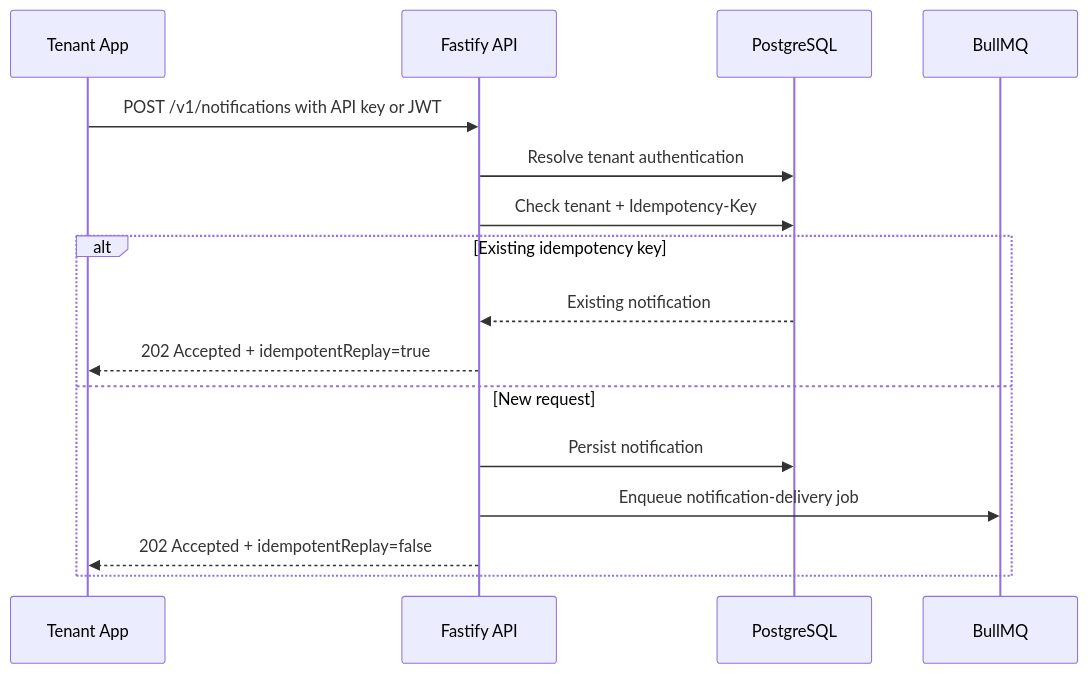
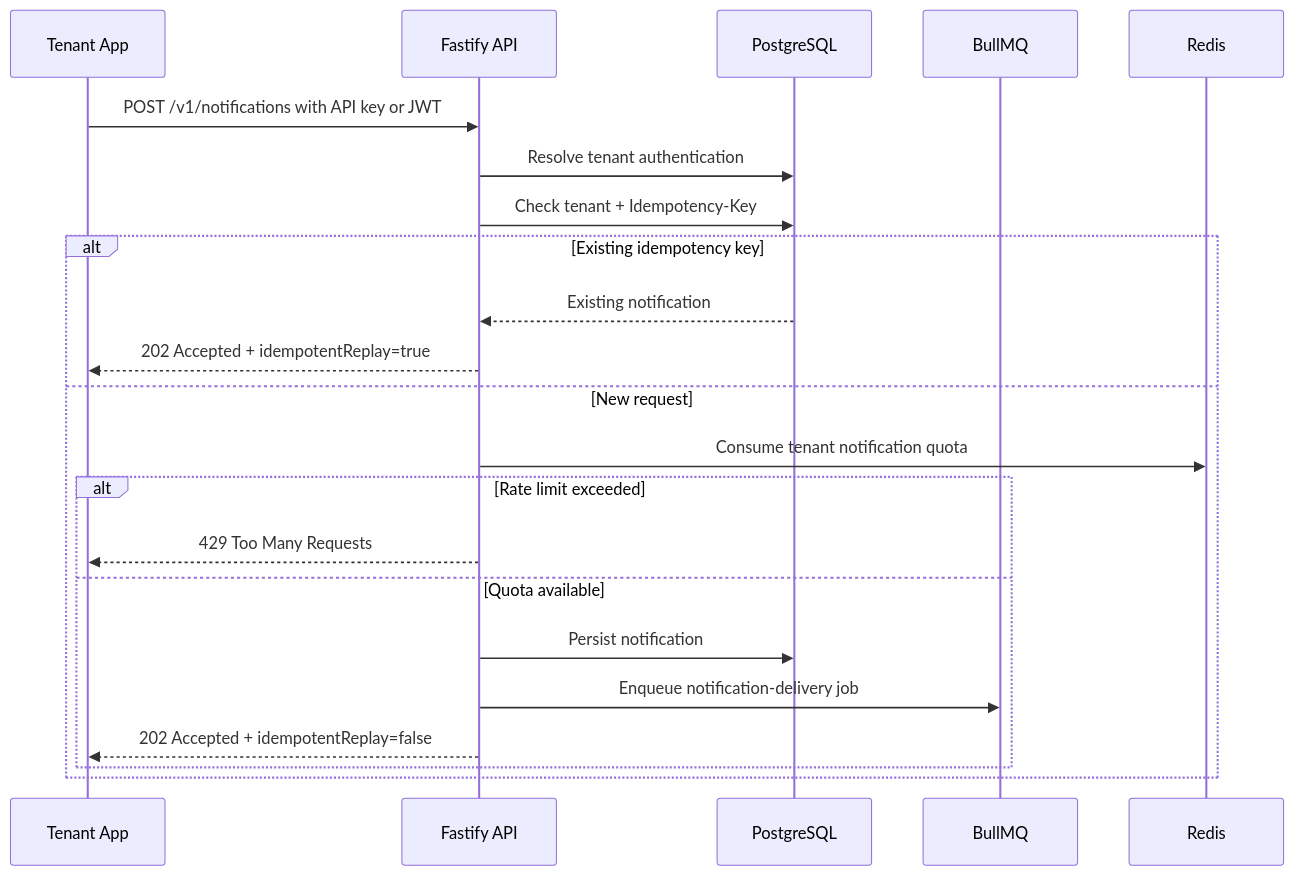
The third of 5 diagrams in docs/architecture.md (vishweswaran-p/notifyhub), drawn with Mermaid before and after one commit. The commit also changed other lines of this file and 12 other files, not shown here.

First line of the commit message:
Add tenant notification rate limiting

````diff
--- a/docs/architecture.md
+++ b/docs/architecture.md
@@ -108,19 +115,24 @@
 ```mermaid
 sequenceDiagram
   participant Client as Tenant App
   participant API as Fastify API
   participant DB as PostgreSQL
   participant Queue as BullMQ
 
   Client->>API: POST /v1/notifications with API key or JWT
   API->>DB: Resolve tenant authentication
   API->>DB: Check tenant + Idempotency-Key
   alt Existing idempotency key
     DB-->>API: Existing notification
     API-->>Client: 202 Accepted + idempotentReplay=true
   else New request
+    API->>Redis: Consume tenant notification quota
+    alt Rate limit exceeded
+      API-->>Client: 429 Too Many Requests
+    else Quota available
     API->>DB: Persist notification
     API->>Queue: Enqueue notification-delivery job
     API-->>Client: 202 Accepted + idempotentReplay=false
+    end
   end
 ```
````
